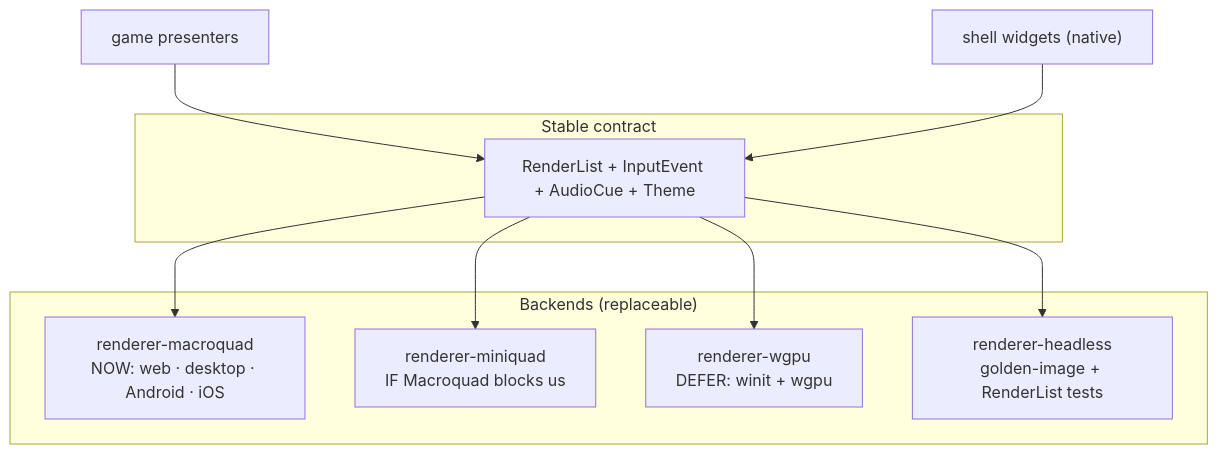
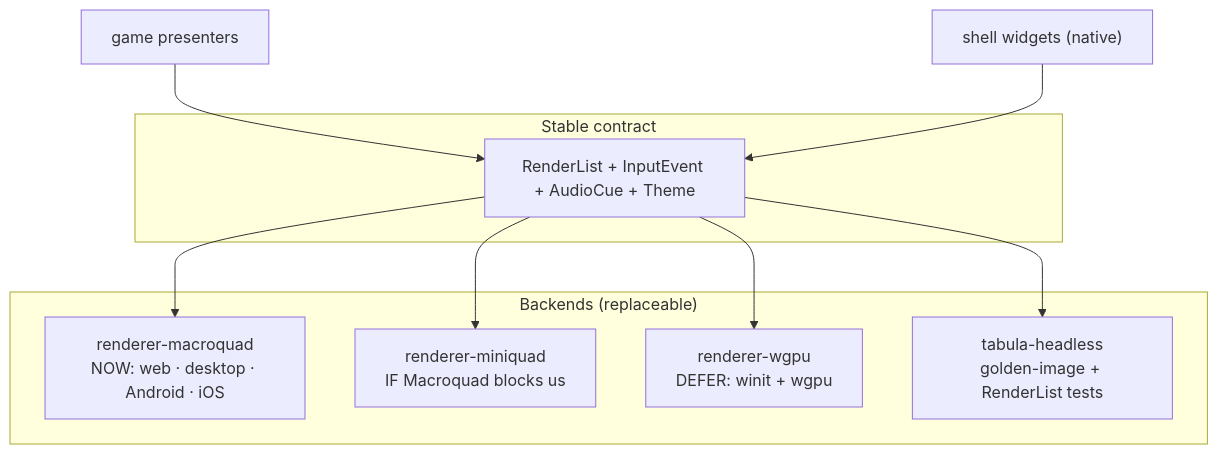
The fourth of 6 diagrams in docs/architecture/04-frontend-and-design-system.md (loveoverflowcom/tabula), drawn with Mermaid before and after one commit. The commit also changed other lines of this file and 12 other files, not shown here.

Commit message:
refactor: rename renderer-headless to tabula-headless

````diff
--- a/docs/architecture/04-frontend-and-design-system.md
+++ b/docs/architecture/04-frontend-and-design-system.md
@@ -491,18 +491,18 @@
 ```mermaid
 flowchart TB
     subgraph STABLE["Stable contract"]
         RL["RenderList + InputEvent + AudioCue + Theme"]
     end
     subgraph BACKENDS["Backends (replaceable)"]
         MQ["renderer-macroquad<br/>NOW: web · desktop · Android · iOS"]
         MINI["renderer-miniquad<br/>IF Macroquad blocks us"]
         WGPU["renderer-wgpu<br/>DEFER: winit + wgpu"]
-        HEADLESS["renderer-headless<br/>golden-image + RenderList tests"]
+        HEADLESS["tabula-headless<br/>golden-image + RenderList tests"]
     end
     GAMES["game presenters"] --> RL
     UI["shell widgets (native)"] --> RL
     RL --> MQ
     RL --> MINI
     RL --> WGPU
     RL --> HEADLESS
 ```
````
